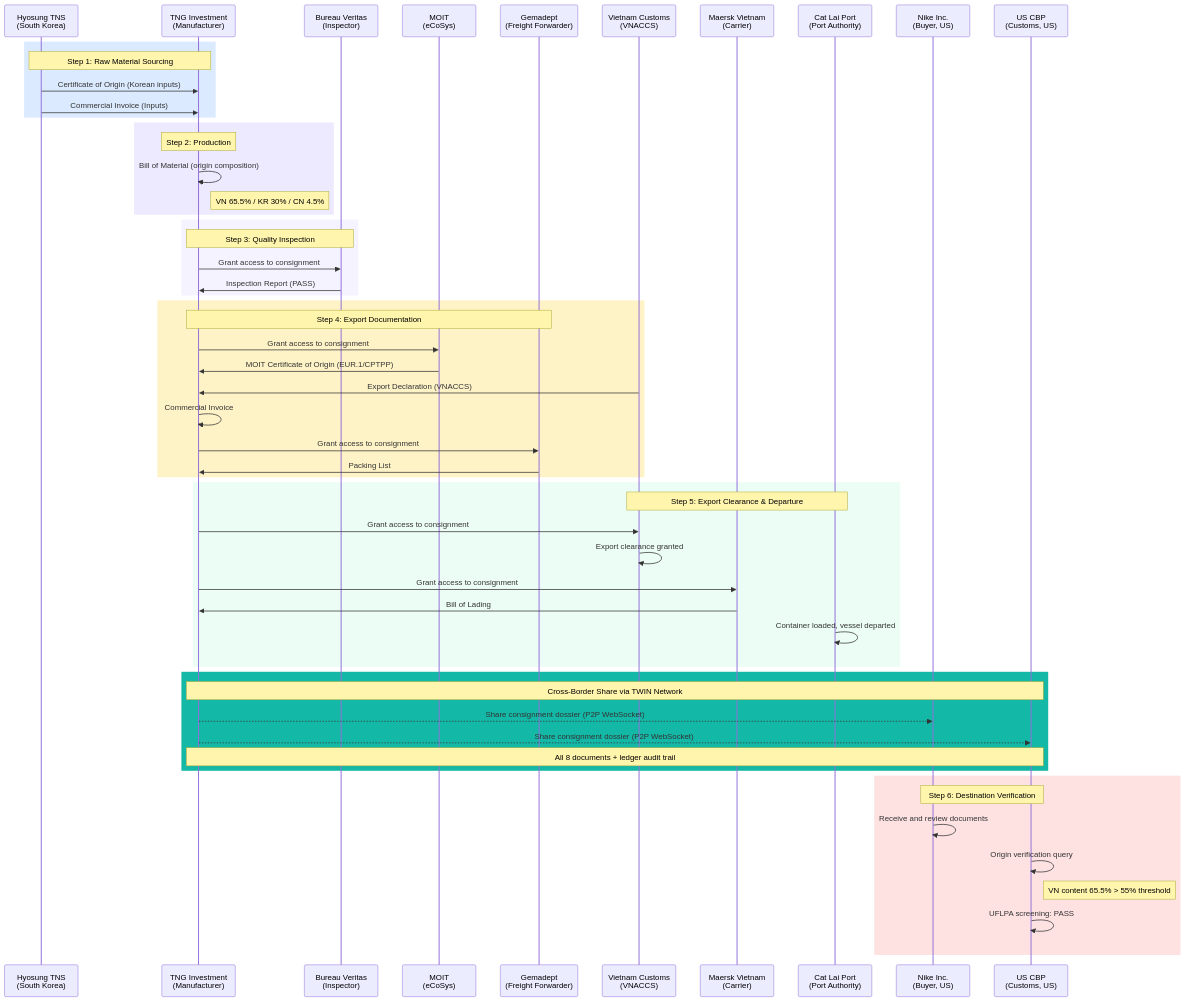
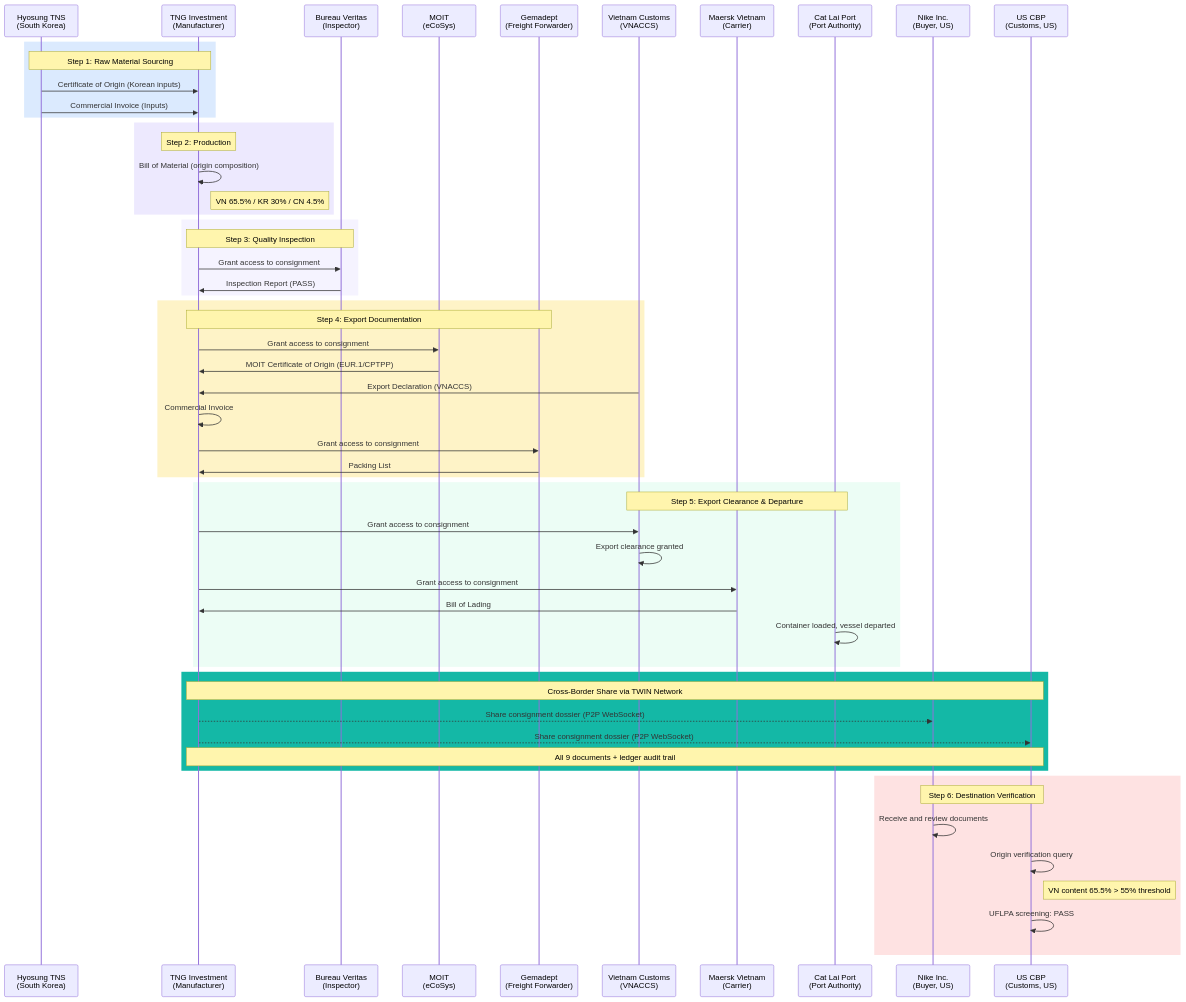
Before and after one commit to kchain-solutions/moit-demo: the diagram in DEMO_GUIDE.md, drawn with Mermaid. The commit also changed other lines of this file and 4 other files, not shown here.

````diff
--- a/DEMO_GUIDE.md
+++ b/DEMO_GUIDE.md
@@ -55,65 +70,65 @@
 ```mermaid
 sequenceDiagram
     participant HYO as Hyosung TNS<br/>(South Korea)
     participant TNG as TNG Investment<br/>(Manufacturer)
     participant BV as Bureau Veritas<br/>(Inspector)
     participant MOIT as MOIT<br/>(eCoSys)
     participant GEM as Gemadept<br/>(Freight Forwarder)
     participant VNC as Vietnam Customs<br/>(VNACCS)
     participant MSK as Maersk Vietnam<br/>(Carrier)
     participant CAT as Cat Lai Port<br/>(Port Authority)
     participant NIKE as Nike Inc.<br/>(Buyer, US)
     participant CBP as US CBP<br/>(Customs, US)
 
     rect rgb(219, 234, 254)
         Note over HYO,TNG: Step 1: Raw Material Sourcing
         HYO->>TNG: Certificate of Origin (Korean inputs)
         HYO->>TNG: Commercial Invoice (Inputs)
     end
 
     rect rgb(237, 233, 254)
         Note over TNG: Step 2: Production
         TNG->>TNG: Bill of Material (origin composition)
         Note right of TNG: VN 65.5% / KR 30% / CN 4.5%
     end
 
     rect rgb(245, 243, 255)
         Note over TNG,BV: Step 3: Quality Inspection
         TNG->>BV: Grant access to consignment
         BV->>TNG: Inspection Report (PASS)
     end
 
     rect rgb(254, 243, 199)
         Note over TNG,GEM: Step 4: Export Documentation
         TNG->>MOIT: Grant access to consignment
         MOIT->>TNG: MOIT Certificate of Origin (EUR.1/CPTPP)
         VNC->>TNG: Export Declaration (VNACCS)
         TNG->>TNG: Commercial Invoice
         TNG->>GEM: Grant access to consignment
         GEM->>TNG: Packing List
     end
 
     rect rgb(236, 253, 245)
         Note over VNC,CAT: Step 5: Export Clearance & Departure
         TNG->>VNC: Grant access to consignment
         VNC->>VNC: Export clearance granted
         TNG->>MSK: Grant access to consignment
         MSK->>TNG: Bill of Lading
         CAT->>CAT: Container loaded, vessel departed
     end
 
     rect rgb(20, 184, 166)
         Note over TNG,CBP: Cross-Border Share via TWIN Network
         TNG-->>NIKE: Share consignment dossier (P2P WebSocket)
         TNG-->>CBP: Share consignment dossier (P2P WebSocket)
-        Note over TNG,CBP: All 8 documents + ledger audit trail
+        Note over TNG,CBP: All 9 documents + ledger audit trail
     end
 
     rect rgb(254, 226, 226)
         Note over NIKE,CBP: Step 6: Destination Verification
         NIKE->>NIKE: Receive and review documents
         CBP->>CBP: Origin verification query
         Note right of CBP: VN content 65.5% > 55% threshold
         CBP->>CBP: UFLPA screening: PASS
     end
 ```
````
